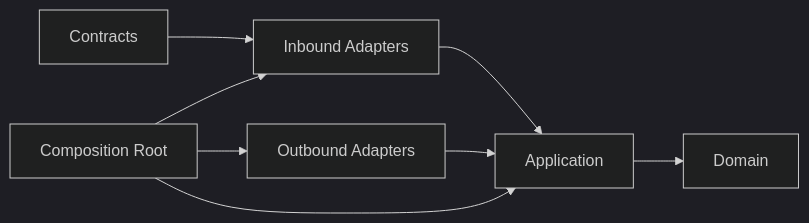
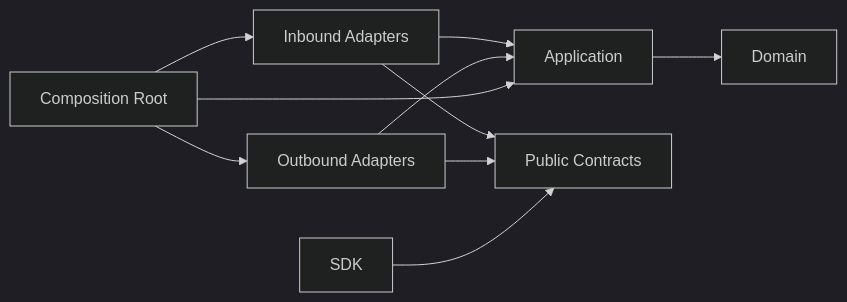
The diagram in docs/architecture/dependency-rules.md (agent-teams-ai/agent-teams-orchestrator), drawn with Mermaid (dark theme) before and after one commit. The commit also changed other lines of this file and 16 other files, not shown here.

Commit message:
docs(architecture): harden context and dependency boundaries

````diff
--- a/docs/architecture/dependency-rules.md
+++ b/docs/architecture/dependency-rules.md
@@ -7,10 +7,12 @@
 ```mermaid
 flowchart LR
     Inbound["Inbound Adapters"] --> Application["Application"]
+    Inbound --> Contracts["Public Contracts"]
     Application --> Domain["Domain"]
     Outbound["Outbound Adapters"] --> Application
+    Outbound --> Contracts
     Composition["Composition Root"] --> Inbound
     Composition --> Outbound
     Composition --> Application
-    Contracts["Contracts"] --> Inbound
+    SDK["SDK"] --> Contracts
 ```
````
